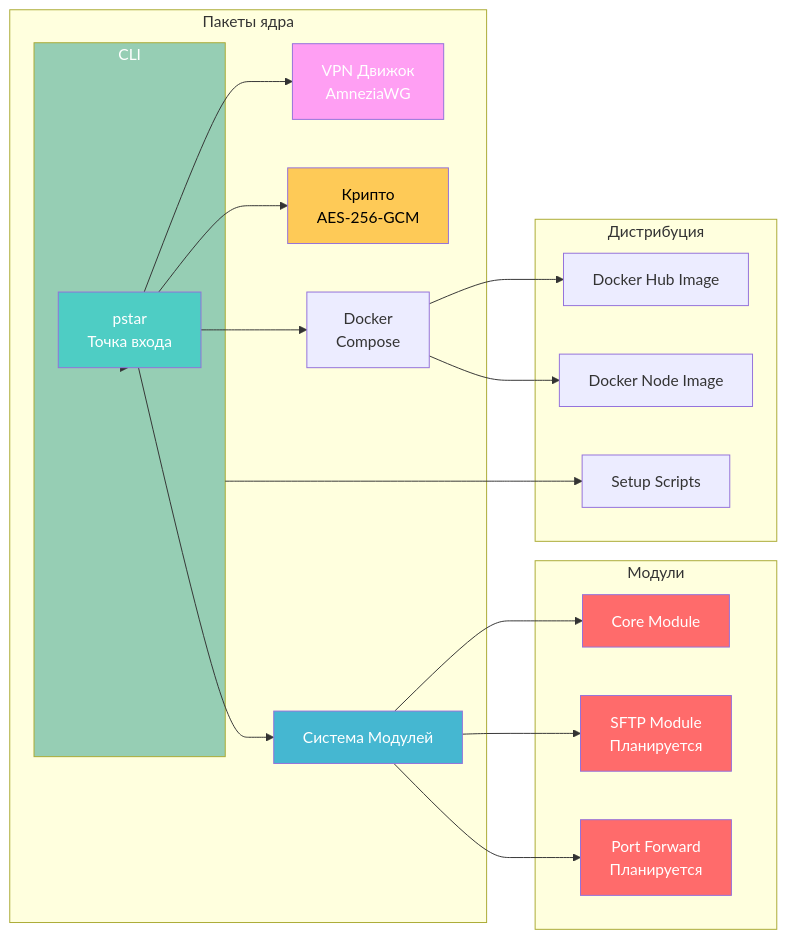
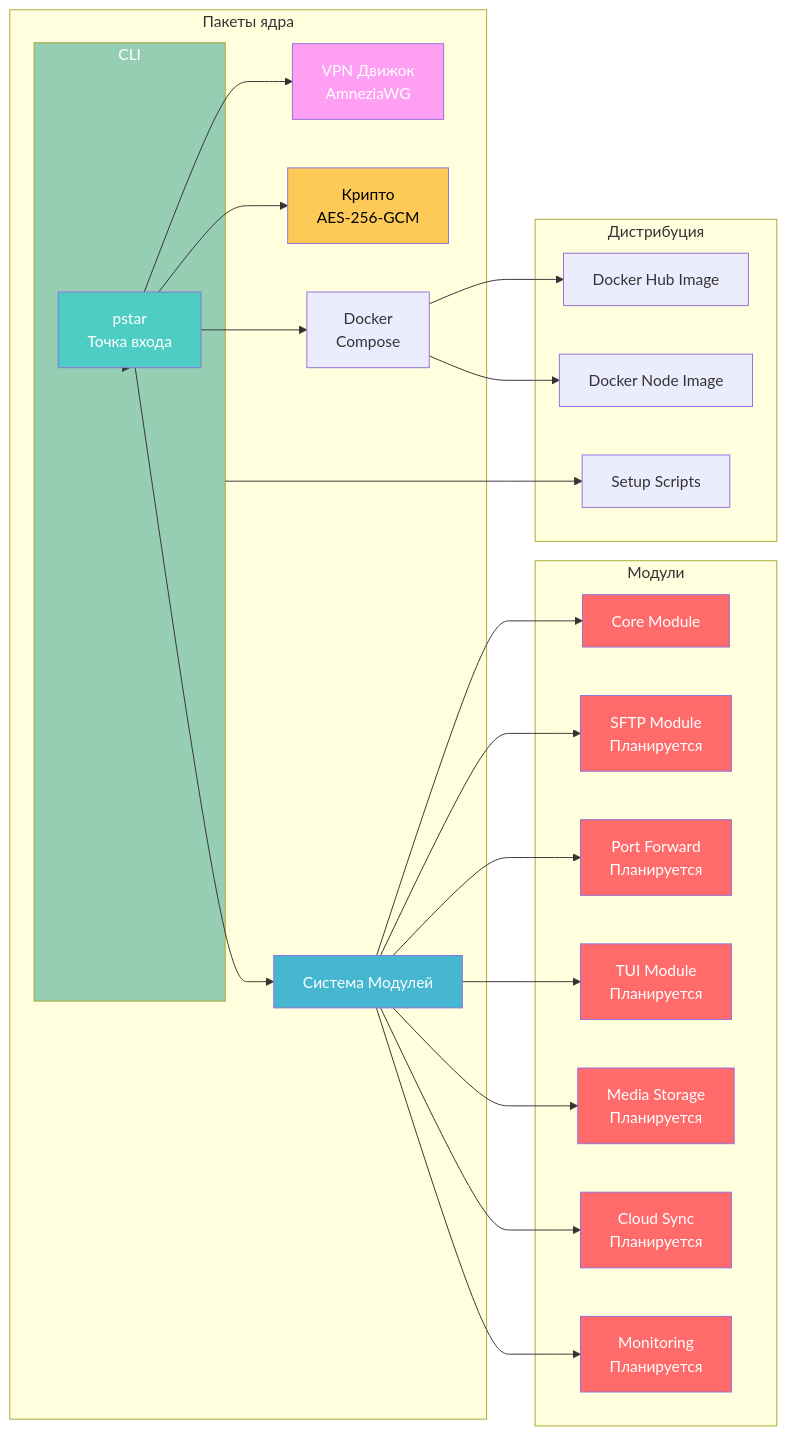
The second of 4 diagrams in README.ru.md (reneget/Pocket-Star), drawn with Mermaid before and after one commit. The commit also changed other lines of this file and 1 other file, not shown here.

Commit message:
feat: add TUI, media, cloud, monitoring to planned modules

````diff
--- a/README.ru.md
+++ b/README.ru.md
@@ -80,47 +80,59 @@
 ```mermaid
 graph LR
     subgraph "CLI"
         PSTAR[pstar<br/>Точка входа]
     end
     
     subgraph "Пакеты ядра"
         CLI[CLI Команды]
         VPN[VPN Движок<br/>AmneziaWG]
         CRYPT[Крипто<br/>AES-256-GCM]
         MOD[Система Модулей]
         DOCK[Docker<br/>Compose]
     end
     
     subgraph "Модули"
         CORE[Core Module]
         SFTP[SFTP Module<br/>Планируется]
         FWD[Port Forward<br/>Планируется]
+        TUI[TUI Module<br/>Планируется]
+        MEDIA[Media Storage<br/>Планируется]
+        CLOUD[Cloud Sync<br/>Планируется]
+        MON[Monitoring<br/>Планируется]
     end
     
     subgraph "Дистрибуция"
         HUB_IMG[Docker Hub Image]
         NODE_IMG[Docker Node Image]
         SCRIPTS[Setup Scripts]
     end
     
     PSTAR --> CLI
     PSTAR --> VPN
     PSTAR --> CRYPT
     PSTAR --> MOD
     PSTAR --> DOCK
     MOD --> CORE
     MOD --> SFTP
     MOD --> FWD
+    MOD --> TUI
+    MOD --> MEDIA
+    MOD --> CLOUD
+    MOD --> MON
     DOCK --> HUB_IMG
     DOCK --> NODE_IMG
     CLI --> SCRIPTS
     
     style PSTAR fill:#4ecdc4,color:#fff
     style CLI fill:#96ceb4,color:#fff
     style VPN fill:#ff9ff3,color:#fff
     style CRYPT fill:#feca57,color:#000
     style MOD fill:#45b7d1,color:#fff
     style CORE fill:#ff6b6b,color:#fff
     style SFTP fill:#ff6b6b,color:#fff
     style FWD fill:#ff6b6b,color:#fff
+    style TUI fill:#ff6b6b,color:#fff
+    style MEDIA fill:#ff6b6b,color:#fff
+    style CLOUD fill:#ff6b6b,color:#fff
+    style MON fill:#ff6b6b,color:#fff
 ```
````
